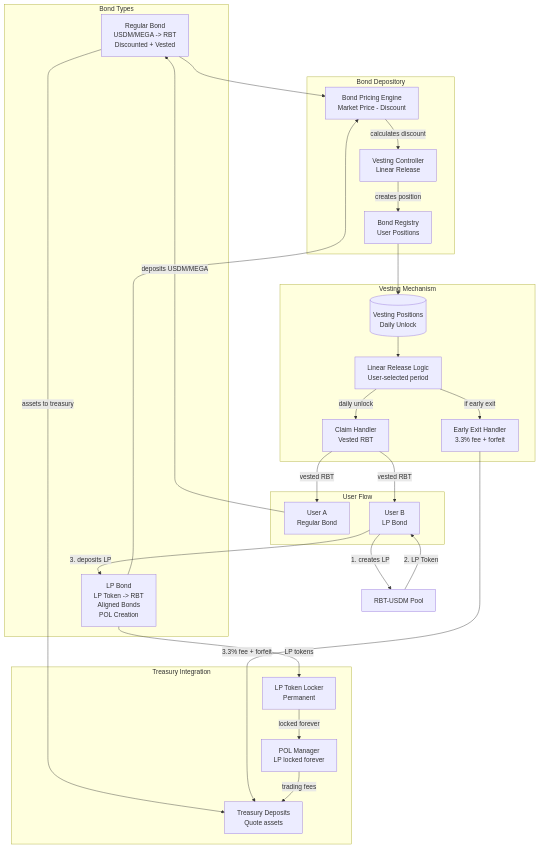
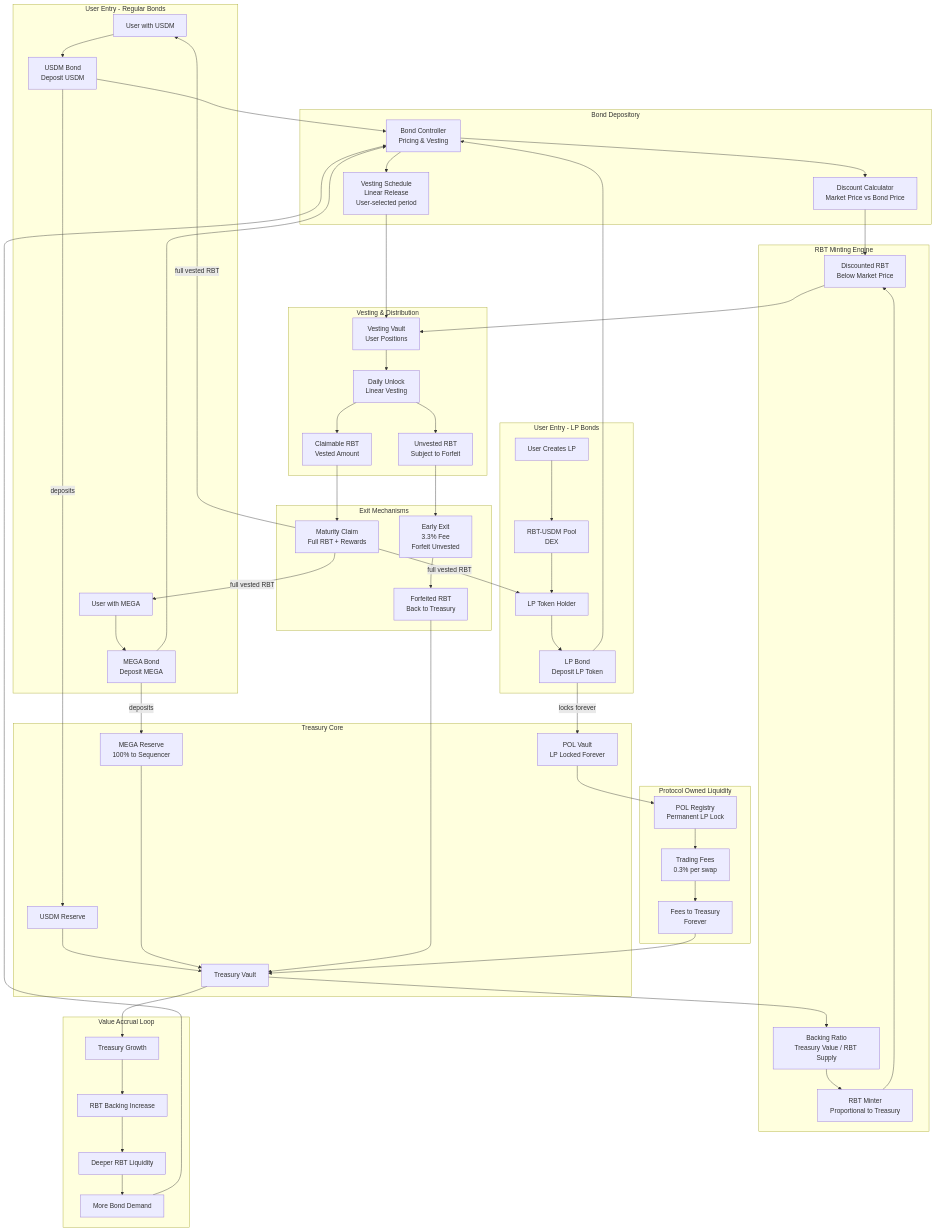
One commit to 0xJaehaerys/ohmega changed the sixth of 7 diagrams in blackhaven-architecture-diagrams.md. Above: the diagram before and after it, drawn with Mermaid. The commit also changed other lines of this file, not shown here.

Commit message:
Add Olympus DAO style Fixed-Term Bonds Architecture diagram
- Complete bond flow from user entry to RBT distribution
- Shows Regular Bonds (USDM/MEGA) and LP Bonds
- Treasury integration with reserves and POL vault
- RBT minting engine with backing ratio
- Vesting mechanism with daily unlock
- Exit mechanisms (maturity claim vs early exit with 3.3% fee)
- POL management with trading fees
- Value accrual flywheel loop

````diff
--- a/blackhaven-architecture-diagrams.md
+++ b/blackhaven-architecture-diagrams.md
@@ -333,57 +333,114 @@
 ```mermaid
 graph TB
-    subgraph "Bond Types"
-        REGULAR_BOND[Regular Bond<br/>USDM/MEGA -> RBT<br/>Discounted + Vested]
-        LP_BOND[LP Bond<br/>LP Token -> RBT<br/>Aligned Bonds<br/>POL Creation]
+    subgraph "User Entry - Regular Bonds"
+        USER_USDM[User with USDM]
+        USER_MEGA[User with MEGA]
+        BOND_USDM[USDM Bond<br/>Deposit USDM]
+        BOND_MEGA[MEGA Bond<br/>Deposit MEGA]
+    end
+    
+    subgraph "User Entry - LP Bonds"
+        USER_LP_CREATOR[User Creates LP]
+        RBT_USDM_POOL[RBT-USDM Pool<br/>DEX]
+        LP_TOKEN_HOLDER[LP Token Holder]
+        BOND_LP[LP Bond<br/>Deposit LP Token]
     end
     
     subgraph "Bond Depository"
-        PRICING_ENGINE[Bond Pricing Engine<br/>Market Price - Discount]
-        VESTING_CONTROLLER[Vesting Controller<br/>Linear Release]
-        BOND_REGISTRY[Bond Registry<br/>User Positions]
+        BOND_CONTROLLER[Bond Controller<br/>Pricing & Vesting]
+        DISCOUNT_CALC[Discount Calculator<br/>Market Price vs Bond Price]
+        VESTING_SCHEDULE[Vesting Schedule<br/>Linear Release<br/>User-selected period]
     end
     
-    subgraph "Vesting Mechanism"
-        VESTING_POSITIONS[(Vesting Positions<br/>Daily Unlock)]
-        LINEAR_RELEASE[Linear Release Logic<br/>User-selected period]
-        CLAIM_HANDLER[Claim Handler<br/>Vested RBT]
-        EARLY_EXIT[Early Exit Handler<br/>3.3% fee + forfeit]
+    subgraph "Treasury Core"
+        TREASURY_VAULT[Treasury Vault]
+        USDM_RESERVE[USDM Reserve]
+        MEGA_RESERVE[MEGA Reserve<br/>100% to Sequencer]
+        POL_VAULT[POL Vault<br/>LP Locked Forever]
     end
     
-    subgraph "Treasury Integration"
-        TREASURY_DEPOSITS[Treasury Deposits<br/>Quote assets]
-        POL_MANAGER[POL Manager<br/>LP locked forever]
-        LP_LOCKER[LP Token Locker<br/>Permanent]
+    subgraph "RBT Minting Engine"
+        RBT_MINTER[RBT Minter<br/>Proportional to Treasury]
+        BACKING_RATIO[Backing Ratio<br/>Treasury Value / RBT Supply]
+        DISCOUNT_RBT[Discounted RBT<br/>Below Market Price]
     end
     
-    subgraph "User Flow"
-        USER_REGULAR[User A<br/>Regular Bond]
-        USER_LP[User B<br/>LP Bond]
+    subgraph "Vesting & Distribution"
+        VESTING_VAULT[Vesting Vault<br/>User Positions]
+        DAILY_UNLOCK[Daily Unlock<br/>Linear Vesting]
+        CLAIMABLE_RBT[Claimable RBT<br/>Vested Amount]
+        UNVESTED_RBT[Unvested RBT<br/>Subject to Forfeit]
     end
     
-    USER_REGULAR -->|deposits USDM/MEGA| REGULAR_BOND
-    REGULAR_BOND --> PRICING_ENGINE
+    subgraph "Exit Mechanisms"
+        MATURITY_CLAIM[Maturity Claim<br/>Full RBT + Rewards]
+        EARLY_EXIT_HANDLER[Early Exit<br/>3.3% Fee<br/>Forfeit Unvested]
+        FORFEIT_TO_TREASURY[Forfeited RBT<br/>Back to Treasury]
+    end
     
-    USER_LP -->|1. creates LP| LP_CREATION[RBT-USDM Pool]
-    LP_CREATION -->|2. LP Token| USER_LP
-    USER_LP -->|3. deposits LP| LP_BOND
-    LP_BOND --> PRICING_ENGINE
+    subgraph "Protocol Owned Liquidity"
+        POL_REGISTRY[POL Registry<br/>Permanent LP Lock]
+        TRADING_FEE_COLLECTOR[Trading Fees<br/>0.3% per swap]
+        POL_TO_TREASURY[Fees to Treasury<br/>Forever]
+    end
     
-    PRICING_ENGINE -->|calculates discount| VESTING_CONTROLLER
-    VESTING_CONTROLLER -->|creates position| BOND_REGISTRY
-    BOND_REGISTRY --> VESTING_POSITIONS
+    subgraph "Value Accrual Loop"
+        TREASURY_GROWTH[Treasury Growth]
+        RBT_BACKING_INCREASE[RBT Backing Increase]
+        DEEPER_LIQUIDITY[Deeper RBT Liquidity]
+        MORE_BONDS[More Bond Demand]
+    end
     
-    REGULAR_BOND -->|assets to treasury| TREASURY_DEPOSITS
-    LP_BOND -->|LP tokens| LP_LOCKER
-    LP_LOCKER -->|locked forever| POL_MANAGER
+    USER_USDM --> BOND_USDM
+    USER_MEGA --> BOND_MEGA
     
-    VESTING_POSITIONS --> LINEAR_RELEASE
-    LINEAR_RELEASE -->|daily unlock| CLAIM_HANDLER
-    LINEAR_RELEASE -->|if early exit| EARLY_EXIT
+    USER_LP_CREATOR --> RBT_USDM_POOL
+    RBT_USDM_POOL --> LP_TOKEN_HOLDER
+    LP_TOKEN_HOLDER --> BOND_LP
     
-    CLAIM_HANDLER -->|vested RBT| USER_REGULAR
-    CLAIM_HANDLER -->|vested RBT| USER_LP
+    BOND_USDM --> BOND_CONTROLLER
+    BOND_MEGA --> BOND_CONTROLLER
+    BOND_LP --> BOND_CONTROLLER
     
-    EARLY_EXIT -->|3.3% fee + forfeit| TREASURY_DEPOSITS
-    POL_MANAGER -->|trading fees| TREASURY_DEPOSITS
+    BOND_CONTROLLER --> DISCOUNT_CALC
+    BOND_CONTROLLER --> VESTING_SCHEDULE
+    
+    BOND_USDM -->|deposits| USDM_RESERVE
+    BOND_MEGA -->|deposits| MEGA_RESERVE
+    BOND_LP -->|locks forever| POL_VAULT
+    
+    USDM_RESERVE --> TREASURY_VAULT
+    MEGA_RESERVE --> TREASURY_VAULT
+    POL_VAULT --> POL_REGISTRY
+    
+    TREASURY_VAULT --> BACKING_RATIO
+    BACKING_RATIO --> RBT_MINTER
+    DISCOUNT_CALC --> DISCOUNT_RBT
+    RBT_MINTER --> DISCOUNT_RBT
+    
+    DISCOUNT_RBT --> VESTING_VAULT
+    VESTING_SCHEDULE --> VESTING_VAULT
+    
+    VESTING_VAULT --> DAILY_UNLOCK
+    DAILY_UNLOCK --> CLAIMABLE_RBT
+    DAILY_UNLOCK --> UNVESTED_RBT
+    
+    CLAIMABLE_RBT --> MATURITY_CLAIM
+    UNVESTED_RBT --> EARLY_EXIT_HANDLER
+    EARLY_EXIT_HANDLER --> FORFEIT_TO_TREASURY
+    FORFEIT_TO_TREASURY --> TREASURY_VAULT
+    
+    MATURITY_CLAIM -->|full vested RBT| USER_USDM
+    MATURITY_CLAIM -->|full vested RBT| USER_MEGA
+    MATURITY_CLAIM -->|full vested RBT| LP_TOKEN_HOLDER
+    
+    POL_REGISTRY --> TRADING_FEE_COLLECTOR
+    TRADING_FEE_COLLECTOR --> POL_TO_TREASURY
+    POL_TO_TREASURY --> TREASURY_VAULT
+    
+    TREASURY_VAULT --> TREASURY_GROWTH
+    TREASURY_GROWTH --> RBT_BACKING_INCREASE
+    RBT_BACKING_INCREASE --> DEEPER_LIQUIDITY
+    DEEPER_LIQUIDITY --> MORE_BONDS
+    MORE_BONDS --> BOND_CONTROLLER
 ```
````
